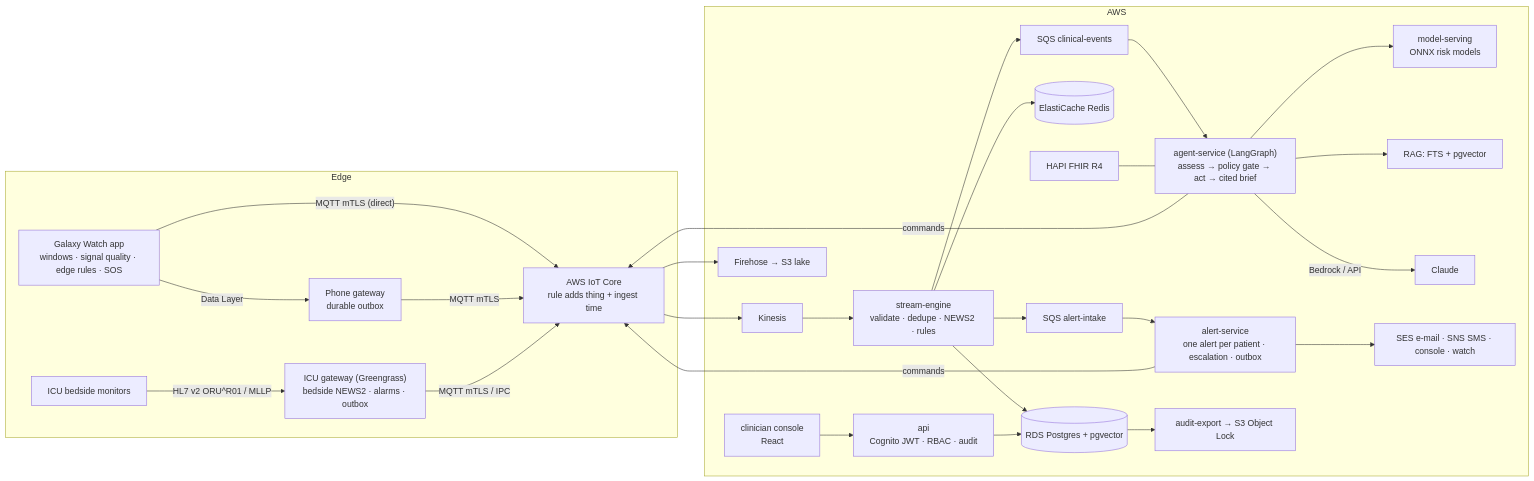
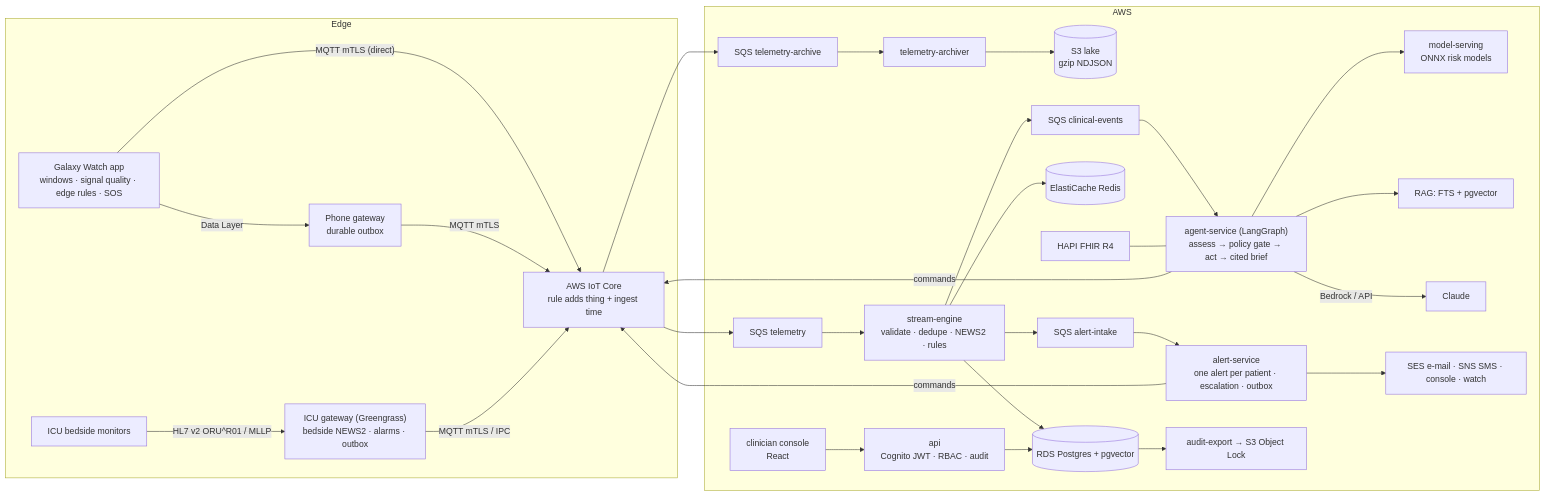
One commit to ritikpatel/rpm-agent changed the first of 2 diagrams in docs/HLD.md. Above: the diagram before and after it, drawn with Mermaid. The commit also changed other lines of this file and 62 other files, not shown here.

First line of the commit message:
Snapshot of the original architecture before the simple-architecture rebuild

````diff
--- a/docs/HLD.md
+++ b/docs/HLD.md
@@ -30,27 +30,27 @@
 ```mermaid
 flowchart LR
   subgraph Edge
     W["Galaxy Watch app<br/>windows · signal quality · edge rules · SOS"] -->|Data Layer| PH[Phone gateway<br/>durable outbox]
     W -->|"MQTT mTLS (direct)"| IOT
     PH -->|MQTT mTLS| IOT
     MON[ICU bedside monitors] -->|HL7 v2 ORU^R01 / MLLP| GW["ICU gateway (Greengrass)<br/>bedside NEWS2 · alarms · outbox"]
     GW -->|MQTT mTLS / IPC| IOT
   end
   subgraph AWS
-    IOT[AWS IoT Core<br/>rule adds thing + ingest time] --> KIN[Kinesis] --> SE["stream-engine<br/>validate · dedupe · NEWS2 · rules"]
-    IOT --> FH[Firehose → S3 lake]
+    IOT[AWS IoT Core<br/>rule adds thing + ingest time] --> QI[SQS telemetry] --> SE["stream-engine<br/>validate · dedupe · NEWS2 · rules"]
+    IOT --> QA[SQS telemetry-archive] --> AR[telemetry-archiver] --> LK[(S3 lake<br/>gzip NDJSON)]
     SE --> PG[(RDS Postgres + pgvector)]
     SE --> RS[(ElastiCache Redis)]
     SE --> SQ1[SQS alert-intake] --> AS["alert-service<br/>one alert per patient · escalation · outbox"]
     SE --> SQ2[SQS clinical-events] --> AG["agent-service (LangGraph)<br/>assess → policy gate → act → cited brief"]
     AG --> MS[model-serving<br/>ONNX risk models]
     AG --> RAG[RAG: FTS + pgvector]
     AG -->|Bedrock / API| CL[Claude]
     AG & AS -->|commands| IOT
     AS --> N[SES e-mail · SNS SMS · console · watch]
     API[api<br/>Cognito JWT · RBAC · audit] --> PG
     CON[clinician console<br/>React] --> API
     FHIR[HAPI FHIR R4] --- AG
     PG --> AUD[audit-export → S3 Object Lock]
   end
 ```
````
